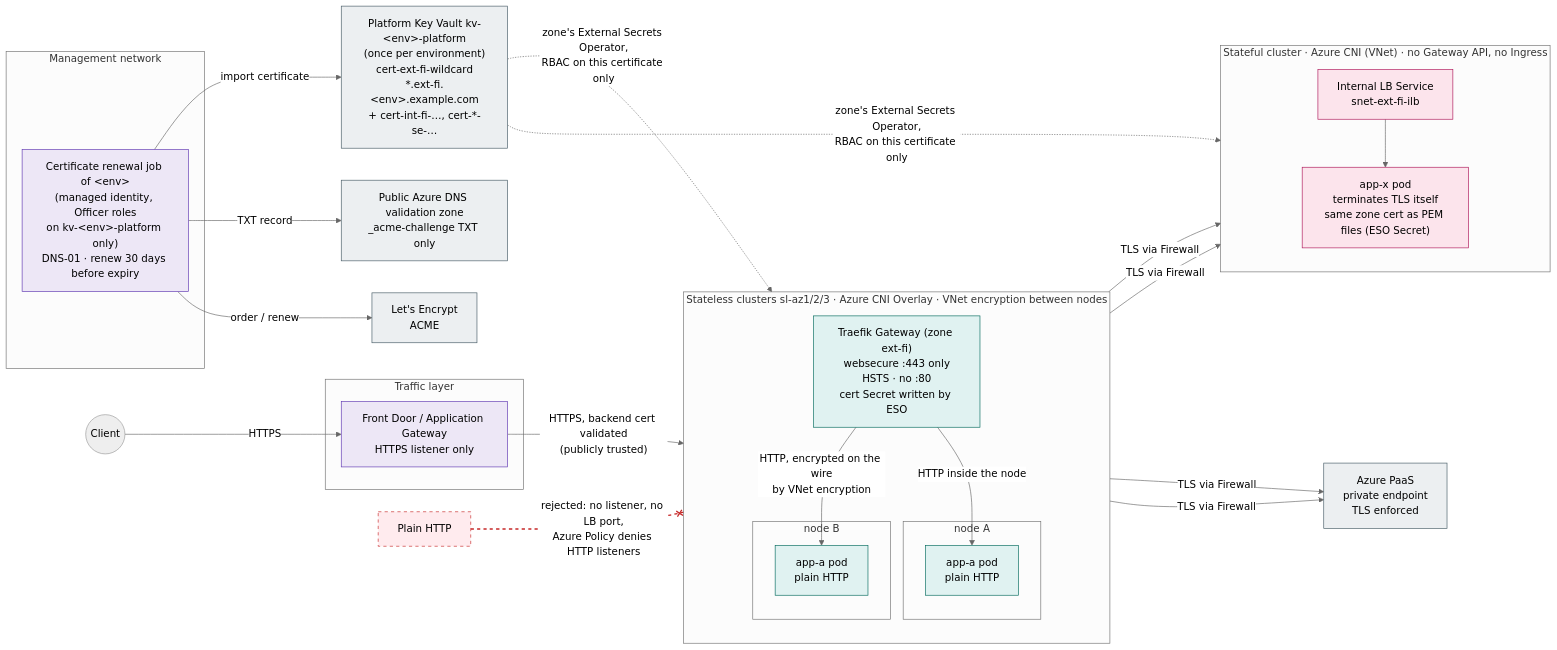
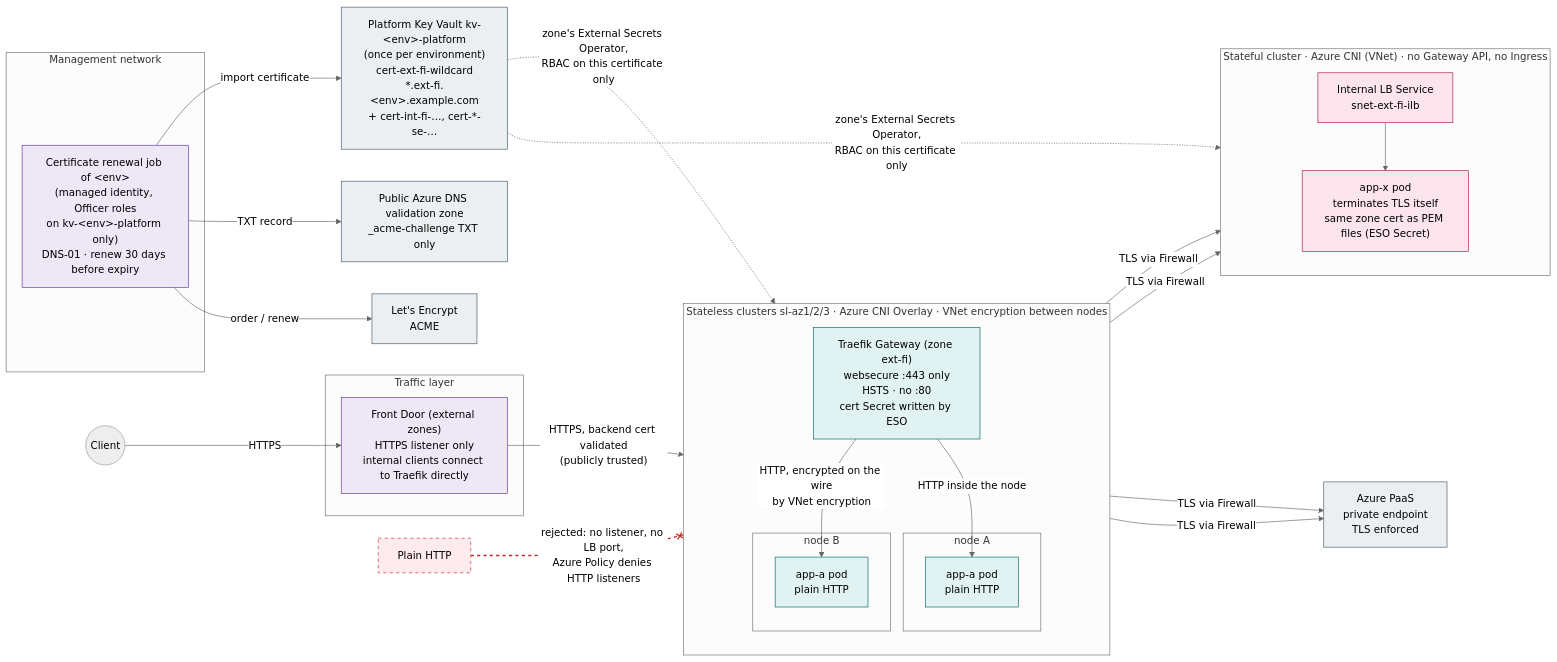
Before and after one commit to olljanat-ai/aks-design: the diagram in diagrams/13-tls-encryption.mmd, drawn with Mermaid (neutral theme). The commit also changed 19 other files, not shown here.

First line of the commit message:
Internal apps: one home cell each, DNS by ExternalDNS, migration workflow

```diff
--- a/diagrams/13-tls-encryption.mmd
+++ b/diagrams/13-tls-encryption.mmd
@@ -1,63 +1,63 @@
 %% Encryption in transit. Stateless: TLS ends at the zone's Traefik gateway (Let's Encrypt certificate for an internal
 %% name), node-to-node traffic is protected by Azure VNet encryption, so apps need no TLS, mTLS or service mesh.
 %% Stateful: no Gateway API and no Ingress at all, the application terminates TLS on its own internal load balancer.
 %% Certificates are issued once per zone and environment by a job per environment into the environment's single platform
 %% Key Vault and shared by all clusters of that environment.
 flowchart LR
     client(("Client"))
 
     subgraph MGMT["Management network"]
         job["Certificate renewal job of &lt;env&gt;<br/>(managed identity, Officer roles<br/>on kv-&lt;env&gt;-platform only)<br/>DNS-01 · renew 30 days before expiry"]
     end
     le["Let's Encrypt<br/>ACME"]
     pubdns["Public Azure DNS validation zone<br/>_acme-challenge TXT only"]
     kv["Platform Key Vault kv-&lt;env&gt;-platform<br/>(once per environment)<br/>cert-ext-fi-wildcard<br/>*.ext-fi.&lt;env&gt;.example.com<br/>+ cert-int-fi-…, cert-*-se-…"]
 
     subgraph EDGE["Traffic layer"]
-        agw["Front Door / Application Gateway<br/>HTTPS listener only"]
+        agw["Front Door (external zones)<br/>HTTPS listener only<br/>internal clients connect to Traefik directly"]
     end
 
     subgraph SL["Stateless clusters sl-az1/2/3 · Azure CNI Overlay · VNet encryption between nodes"]
         direction TB
         tr["Traefik Gateway (zone ext-fi)<br/>websecure :443 only<br/>HSTS · no :80<br/>cert Secret written by ESO"]
         subgraph N1["node A"]
             app1["app-a pod<br/>plain HTTP"]
         end
         subgraph N2["node B"]
             app2["app-a pod<br/>plain HTTP"]
         end
     end
 
     subgraph SF["Stateful cluster · Azure CNI (VNet) · no Gateway API, no Ingress"]
         direction TB
         ilb["Internal LB Service<br/>snet-ext-fi-ilb"]
         db["app-x pod<br/>terminates TLS itself<br/>same zone cert as PEM files (ESO Secret)"]
     end
 
     paas["Azure PaaS<br/>private endpoint<br/>TLS enforced"]
     plain["Plain HTTP"]:::off
 
     client -->|"HTTPS"| agw
     agw -->|"HTTPS, backend cert validated<br/>(publicly trusted)"| tr
     tr -->|"HTTP inside the node"| app1
     tr -->|"HTTP, encrypted on the wire<br/>by VNet encryption"| app2
     app1 & app2 -->|"TLS via Firewall"| ilb --> db
     app1 & app2 -->|"TLS via Firewall"| paas
     job -->|"order / renew"| le
     job -->|"TXT record"| pubdns
     job -->|"import certificate"| kv
     kv -.->|"zone's External Secrets Operator,<br/>RBAC on this certificate only"| tr
     kv -.->|"zone's External Secrets Operator,<br/>RBAC on this certificate only"| db
     plain -.-x|"rejected: no listener, no LB port,<br/>Azure Policy denies HTTP listeners"| tr
 
     linkStyle 14 stroke:#c62828,stroke-width:2px,stroke-dasharray:5 5
 
     classDef hub fill:#ede7f6,stroke:#5e35b1,color:#000
     classDef sl fill:#e0f2f1,stroke:#00695c,color:#000
     classDef sf fill:#fce4ec,stroke:#ad1457,color:#000
     classDef paas fill:#eceff1,stroke:#455a64,color:#000
     classDef off fill:#ffebee,stroke:#c62828,color:#000,stroke-dasharray: 5 5
     class agw,job hub
     class tr,app1,app2 sl
     class ilb,db sf
     class paas,le,pubdns,kv paas
```
